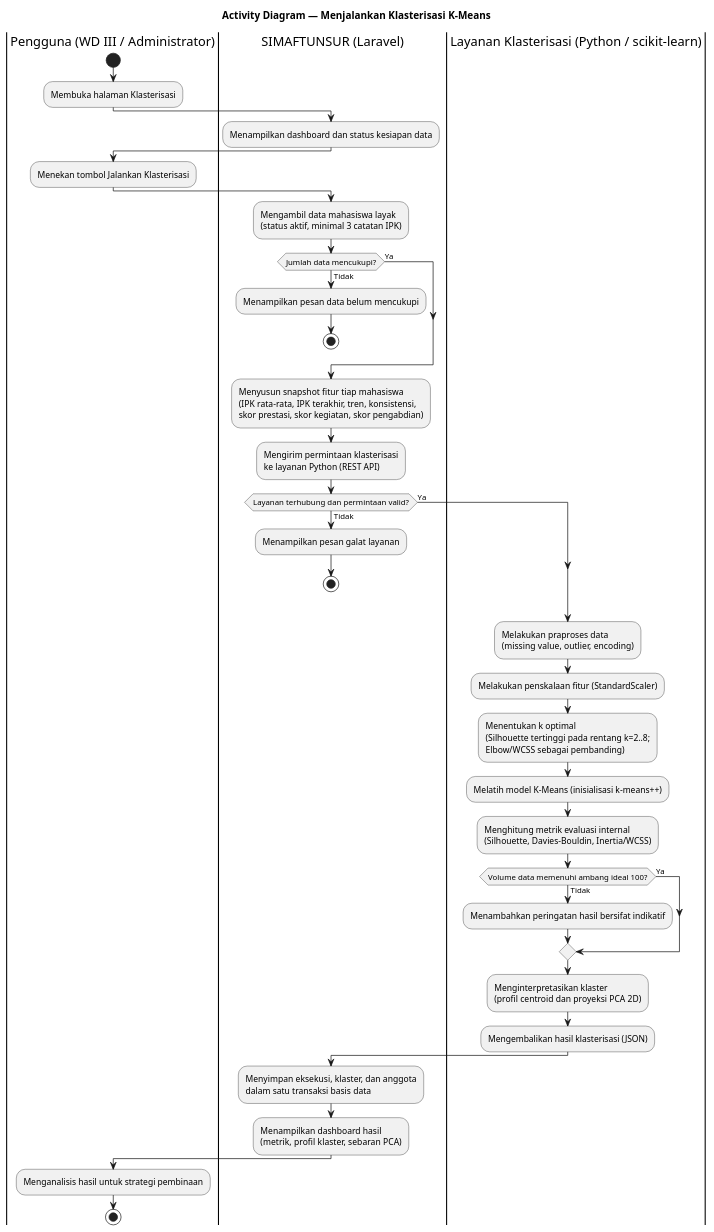
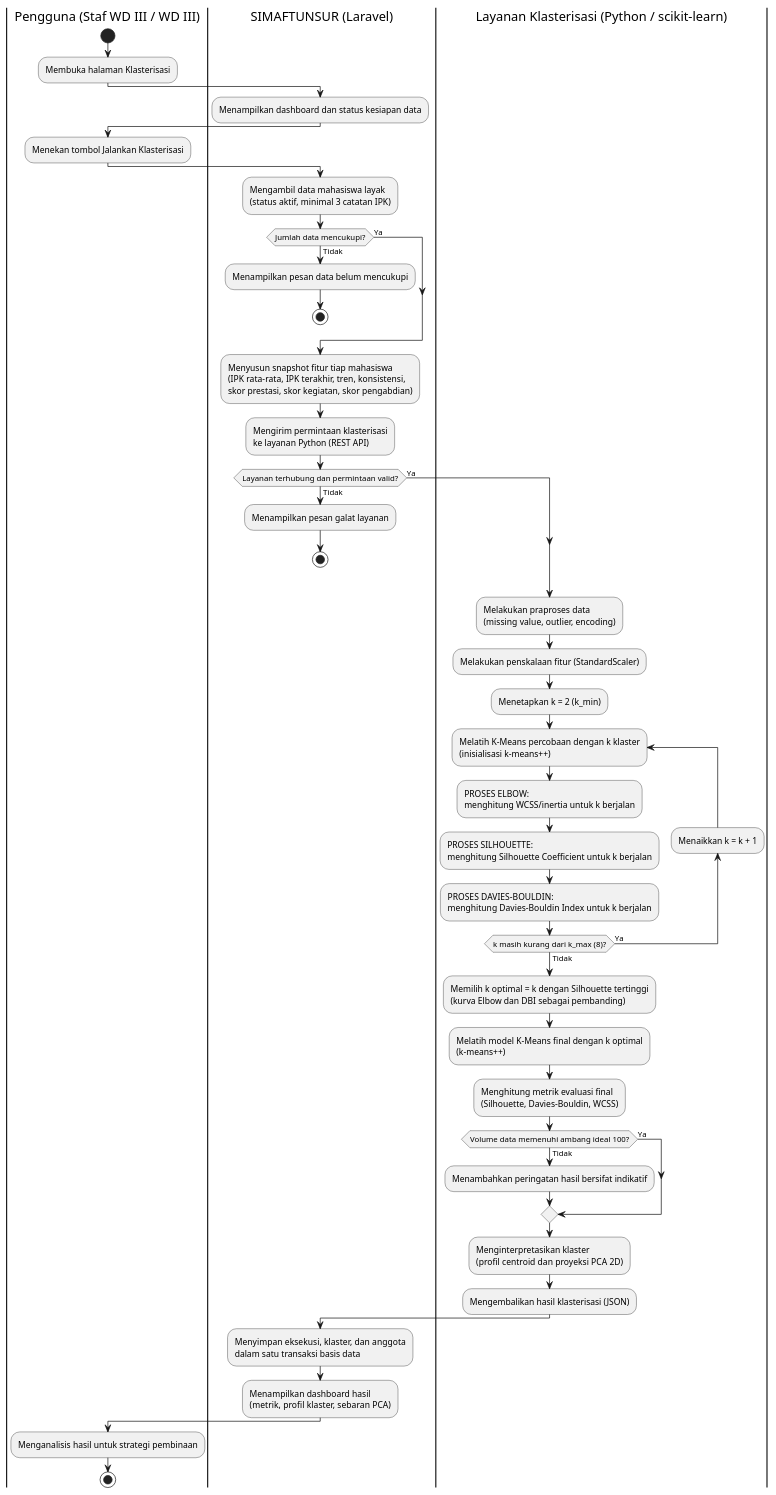
Before and after one commit to bagaskarawg/simaftunsur: the fourth of 4 diagrams in docs/vp-import/simaftunsur-activity.puml, drawn with PlantUML. The commit also changed other lines of this file and 137 other files, not shown here.

First line of the commit message:
docs: diagram VP (UC/AD/Class/Sequence/ERD), flowchart algoritma, wireframe & daftar simbol

```diff
--- a/docs/vp-import/simaftunsur-activity.puml
+++ b/docs/vp-import/simaftunsur-activity.puml
@@ -78,42 +78,49 @@
 @startuml AD-04-Klasterisasi-K-Means
-title Activity Diagram — Menjalankan Klasterisasi K-Means
-|Pengguna (WD III / Administrator)|
+skinparam backgroundColor #FFFFFF
+|Pengguna (Staf WD III / WD III)|
 start
 :Membuka halaman Klasterisasi;
 |SIMAFTUNSUR (Laravel)|
 :Menampilkan dashboard dan status kesiapan data;
-|Pengguna (WD III / Administrator)|
+|Pengguna (Staf WD III / WD III)|
 :Menekan tombol Jalankan Klasterisasi;
 |SIMAFTUNSUR (Laravel)|
 :Mengambil data mahasiswa layak\n(status aktif, minimal 3 catatan IPK);
 if (Jumlah data mencukupi?) then (Tidak)
   :Menampilkan pesan data belum mencukupi;
   stop
 else (Ya)
 endif
 :Menyusun snapshot fitur tiap mahasiswa\n(IPK rata-rata, IPK terakhir, tren, konsistensi,\nskor prestasi, skor kegiatan, skor pengabdian);
 :Mengirim permintaan klasterisasi\nke layanan Python (REST API);
 if (Layanan terhubung dan permintaan valid?) then (Tidak)
   :Menampilkan pesan galat layanan;
   stop
 else (Ya)
 endif
 |Layanan Klasterisasi (Python / scikit-learn)|
 :Melakukan praproses data\n(missing value, outlier, encoding);
 :Melakukan penskalaan fitur (StandardScaler);
-:Menentukan k optimal\n(Silhouette tertinggi pada rentang k=2..8;\nElbow/WCSS sebagai pembanding);
-:Melatih model K-Means (inisialisasi k-means++);
-:Menghitung metrik evaluasi internal\n(Silhouette, Davies-Bouldin, Inertia/WCSS);
+:Menetapkan k = 2 (k_min);
+repeat :Melatih K-Means percobaan dengan k klaster\n(inisialisasi k-means++);
+:PROSES ELBOW:\nmenghitung WCSS/inertia untuk k berjalan;
+:PROSES SILHOUETTE:\nmenghitung Silhouette Coefficient untuk k berjalan;
+:PROSES DAVIES-BOULDIN:\nmenghitung Davies-Bouldin Index untuk k berjalan;
+backward :Menaikkan k = k + 1;
+repeat while (k masih kurang dari k_max (8)?) is (Ya) not (Tidak)
+:Memilih k optimal = k dengan Silhouette tertinggi\n(kurva Elbow dan DBI sebagai pembanding);
+:Melatih model K-Means final dengan k optimal\n(k-means++);
+:Menghitung metrik evaluasi final\n(Silhouette, Davies-Bouldin, WCSS);
 if (Volume data memenuhi ambang ideal 100?) then (Tidak)
   :Menambahkan peringatan hasil bersifat indikatif;
 else (Ya)
 endif
 :Menginterpretasikan klaster\n(profil centroid dan proyeksi PCA 2D);
 :Mengembalikan hasil klasterisasi (JSON);
 |SIMAFTUNSUR (Laravel)|
 :Menyimpan eksekusi, klaster, dan anggota\ndalam satu transaksi basis data;
 :Menampilkan dashboard hasil\n(metrik, profil klaster, sebaran PCA);
-|Pengguna (WD III / Administrator)|
+|Pengguna (Staf WD III / WD III)|
 :Menganalisis hasil untuk strategi pembinaan;
 stop
 @enduml
```
